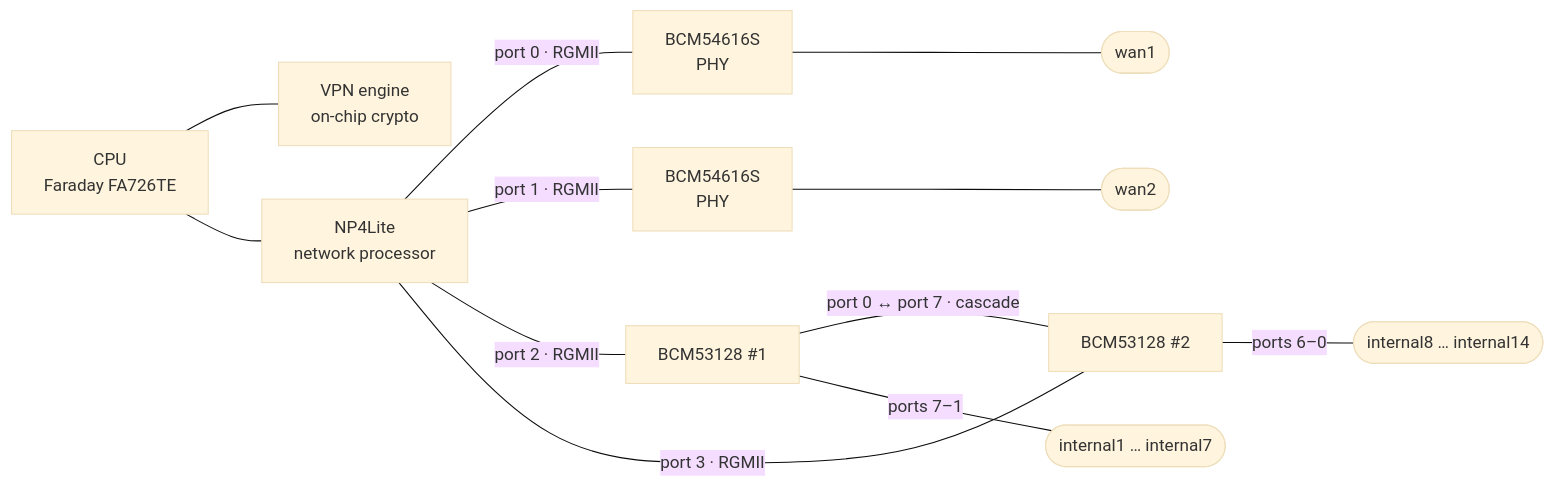
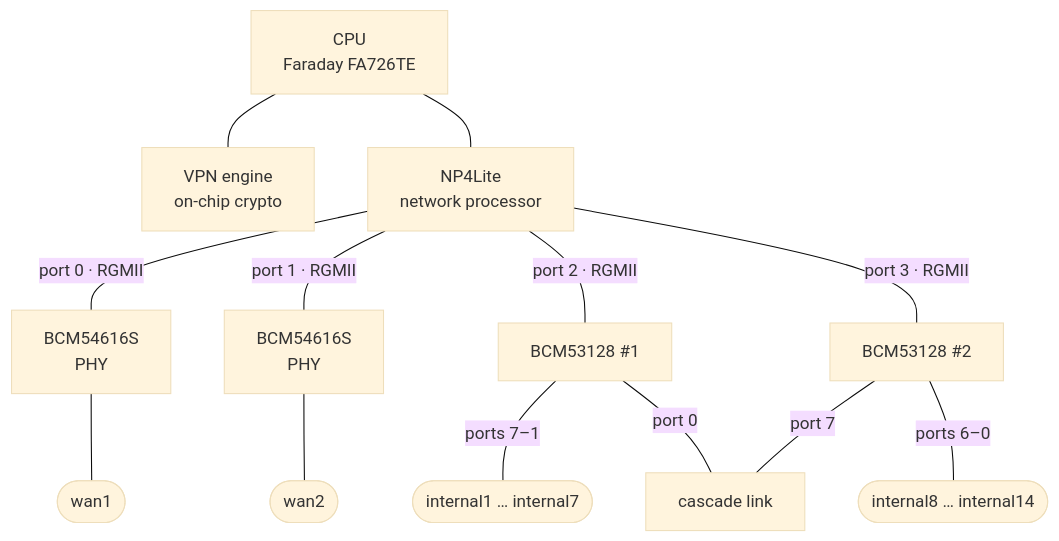
One commit to Radeon24/fgtWRT changed the third of 4 diagrams in README.md. Above: the diagram before and after it, drawn with Mermaid (base theme). The commit also changed other lines of this file, not shown here.

First line of the commit message:
fgtwrt: README: trim the benchmarks, 100D table, 90D diagram

````diff
--- a/README.md
+++ b/README.md
@@ -615,17 +601,22 @@
 ```mermaid
-flowchart LR
+flowchart TB
   CPU["CPU<br/>Faraday FA726TE"]
   CP7["VPN engine<br/>on-chip crypto"]
   NP["NP4Lite<br/>network processor"]
+  PA["BCM54616S<br/>PHY"]
+  PB["BCM54616S<br/>PHY"]
   SW0["BCM53128 #1"]
   SW1["BCM53128 #2"]
   CPU --- CP7
   CPU --- NP
-  NP -- "port 0 · RGMII" --- PA["BCM54616S<br/>PHY"] --- WAN1(["wan1"])
-  NP -- "port 1 · RGMII" --- PB["BCM54616S<br/>PHY"] --- WAN2(["wan2"])
+  NP -- "port 0 · RGMII" --- PA
+  NP -- "port 1 · RGMII" --- PB
   NP -- "port 2 · RGMII" --- SW0
   NP -- "port 3 · RGMII" --- SW1
-  SW0 -- "port 0 ↔ port 7 · cascade" --- SW1
+  PA --- WAN1(["wan1"])
+  PB --- WAN2(["wan2"])
   SW0 -- "ports 7–1" --- I1(["internal1 … internal7"])
+  SW0 -- "port 0" --- CAS["cascade link"]
+  SW1 -- "port 7" --- CAS
   SW1 -- "ports 6–0" --- I2(["internal8 … internal14"])
 ```
````
